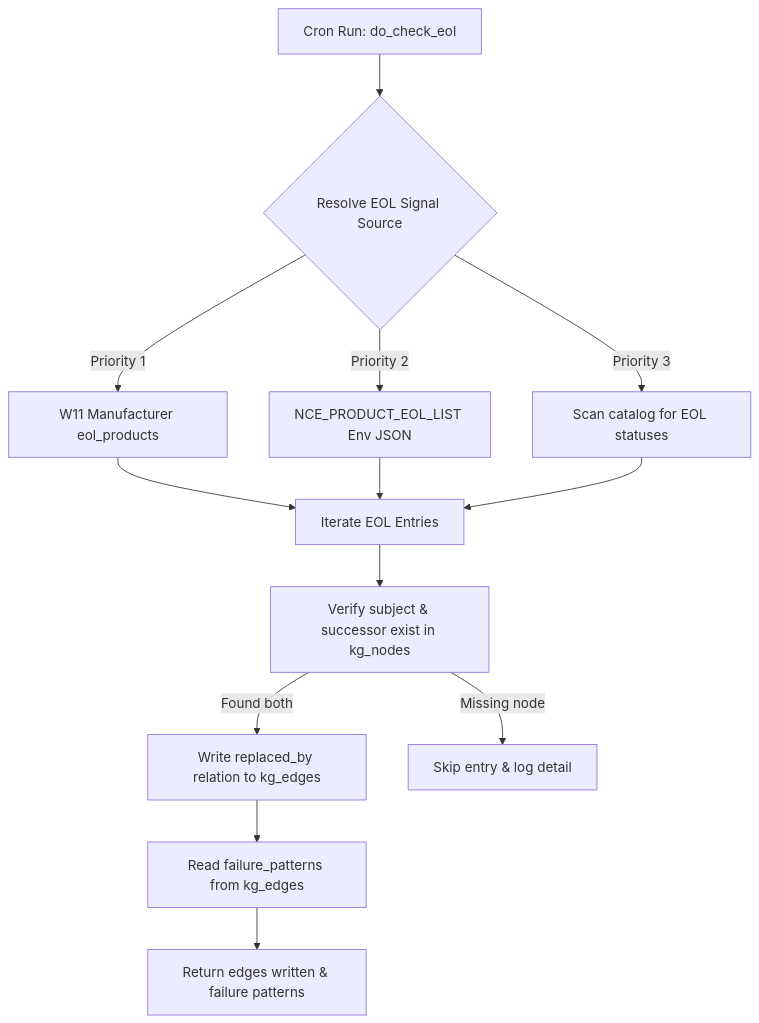
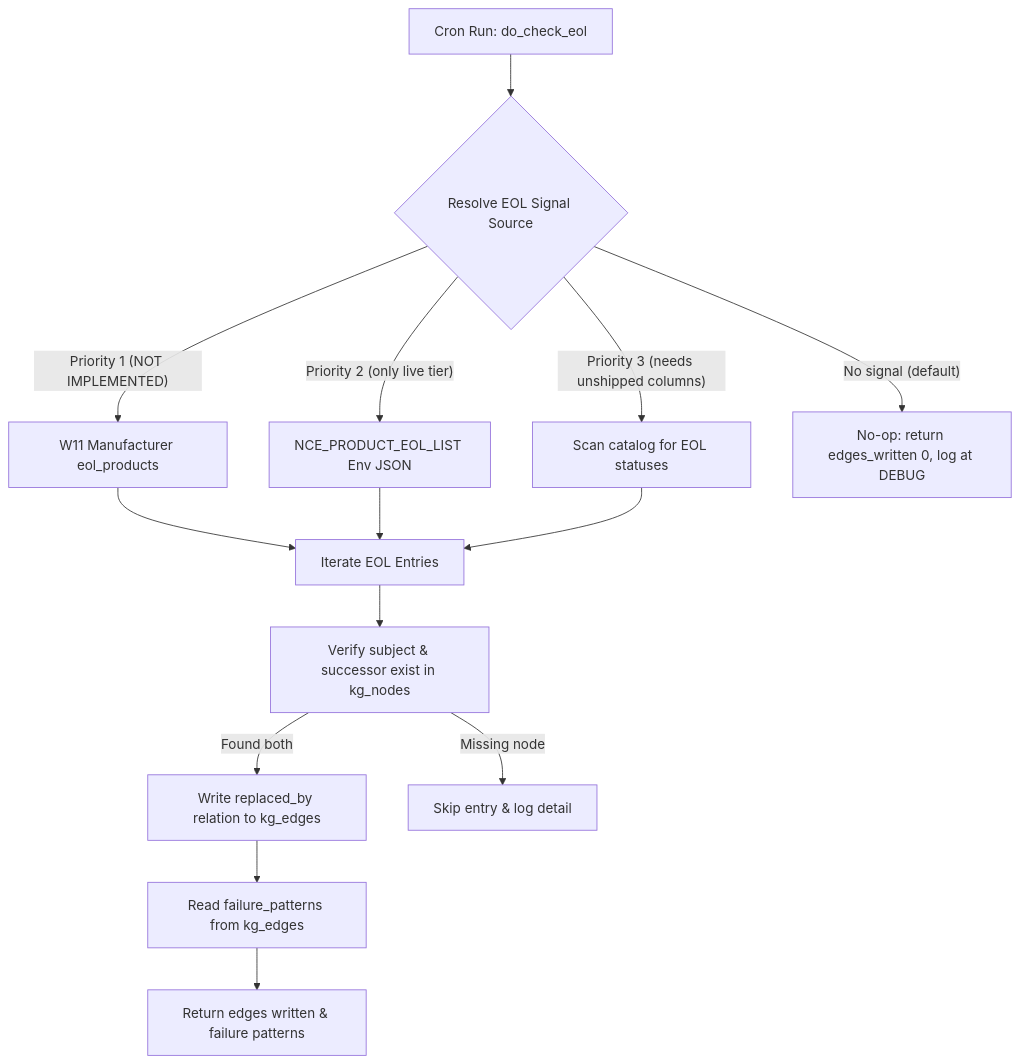
The third of 3 diagrams in docs/engines/product-admin.md (sindrehaugen/neuro-cognitive-engine), drawn with Mermaid before and after one commit. The commit also changed other lines of this file and 1 other file, not shown here.

First line of the commit message:
docs(product): only EOL tier 2 can fire — say so, and say why (#129)

````diff
--- a/docs/engines/product-admin.md
+++ b/docs/engines/product-admin.md
@@ -281,15 +284,16 @@
 ```mermaid
 flowchart TD
     Start[Cron Run: do_check_eol] --> GetSignal{Resolve EOL Signal Source}
-    GetSignal -- Priority 1 --> MfrAdapter[W11 Manufacturer eol_products]
-    GetSignal -- Priority 2 --> EnvList[NCE_PRODUCT_EOL_LIST Env JSON]
-    GetSignal -- Priority 3 --> CatalogScan[Scan catalog for EOL statuses]
+    GetSignal -- "Priority 1 (NOT IMPLEMENTED)" --> MfrAdapter[W11 Manufacturer eol_products]
+    GetSignal -- "Priority 2 (only live tier)" --> EnvList[NCE_PRODUCT_EOL_LIST Env JSON]
+    GetSignal -- "Priority 3 (needs unshipped columns)" --> CatalogScan[Scan catalog for EOL statuses]
+    GetSignal -- "No signal (default)" --> NoOp[No-op: return edges_written 0, log at DEBUG]
     MfrAdapter --> ProcessEntries[Iterate EOL Entries]
     EnvList --> ProcessEntries
     CatalogScan --> ProcessEntries
     ProcessEntries --> CheckNode[Verify subject & successor exist in kg_nodes]
     CheckNode -- Found both --> WriteEdge[Write replaced_by relation to kg_edges]
     CheckNode -- Missing node --> Skip[Skip entry & log detail]
     WriteEdge --> SurfaceFailure[Read failure_patterns from kg_edges]
     SurfaceFailure --> ReturnSummary[Return edges written & failure patterns]
 ```
````
